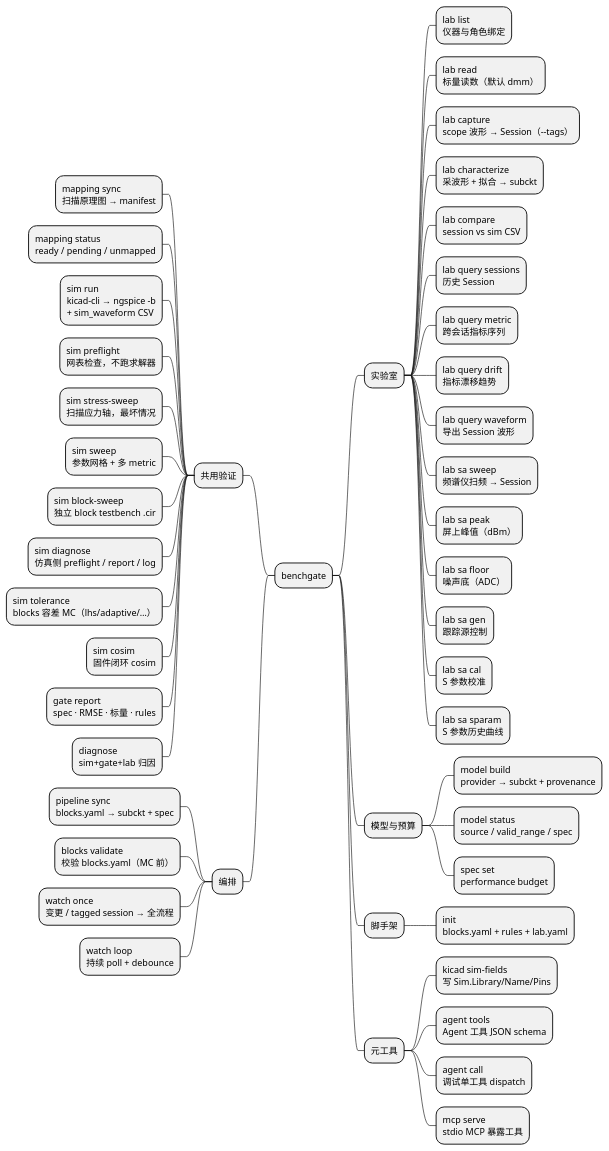
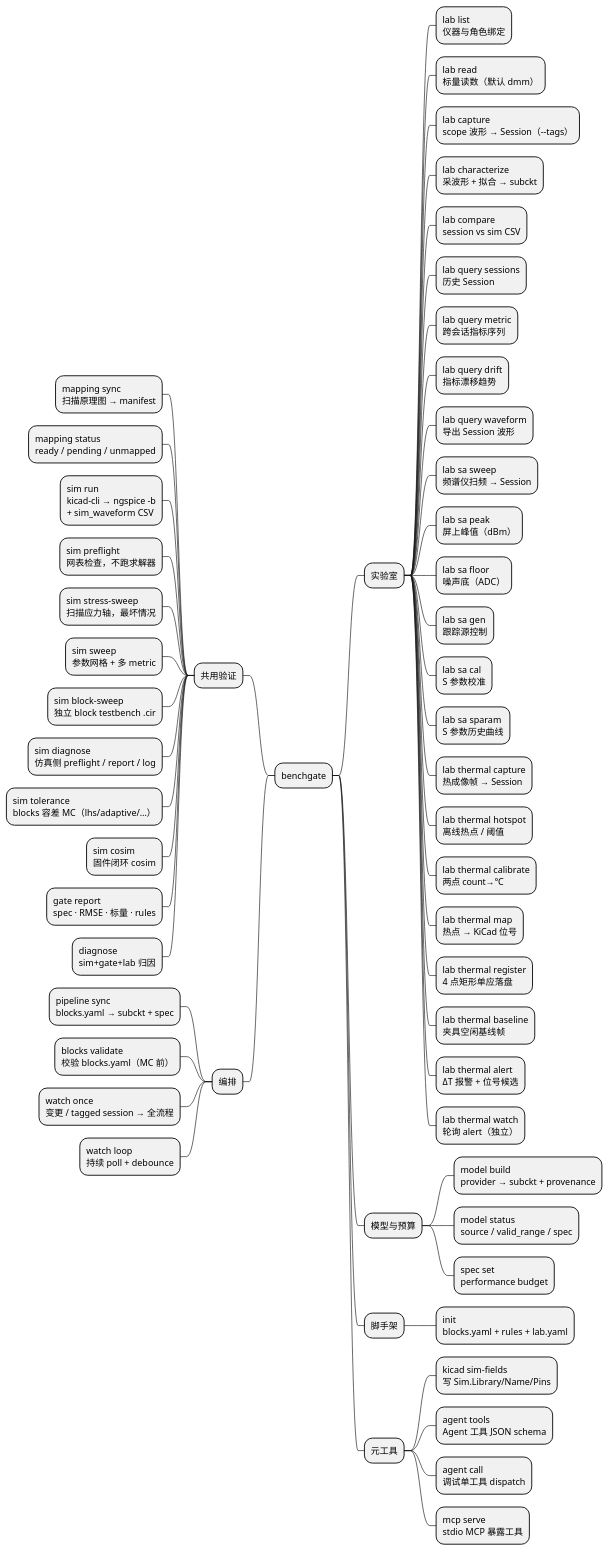
One commit to zhang1career/benchgate changed the diagram in docs/diagrams/command-tree.puml. Above: the diagram before and after it, drawn with PlantUML. The commit also changed 35 other files, not shown here.

```diff
--- a/docs/diagrams/command-tree.puml
+++ b/docs/diagrams/command-tree.puml
@@ -1,56 +1,64 @@
 @startmindmap
 ' CLI 命令树（结构索引）
 ' 逐条说明见 docs/CLI_REFERENCE.md；默认串联见 command-flow.puml
 skinparam shadowing false
 skinparam monochrome false
 
 * benchgate
 left side
 ** 共用验证
 *** mapping sync\n扫描原理图 → manifest
 *** mapping status\nready / pending / unmapped
 *** sim run\nkicad-cli → ngspice -b\n+ sim_waveform CSV
 *** sim preflight\n网表检查，不跑求解器
 *** sim stress-sweep\n扫描应力轴，最坏情况
 *** sim sweep\n参数网格 + 多 metric
 *** sim block-sweep\n独立 block testbench .cir
 *** sim diagnose\n仿真侧 preflight / report / log
 *** sim tolerance\nblocks 容差 MC（lhs/adaptive/…）
 *** sim cosim\n固件闭环 cosim
 *** gate report\nspec · RMSE · 标量 · rules
 *** diagnose\nsim+gate+lab 归因
 ** 编排
 *** pipeline sync\nblocks.yaml → subckt + spec
 *** blocks validate\n校验 blocks.yaml（MC 前）
 *** watch once\n变更 / tagged session → 全流程
 *** watch loop\n持续 poll + debounce
 right side
 ** 实验室
 *** lab list\n仪器与角色绑定
 *** lab read\n标量读数（默认 dmm）
 *** lab capture\nscope 波形 → Session（--tags）
 *** lab characterize\n采波形 + 拟合 → subckt
 *** lab compare\nsession vs sim CSV
 *** lab query sessions\n历史 Session
 *** lab query metric\n跨会话指标序列
 *** lab query drift\n指标漂移趋势
 *** lab query waveform\n导出 Session 波形
 *** lab sa sweep\n频谱仪扫频 → Session
 *** lab sa peak\n屏上峰值（dBm）
 *** lab sa floor\n噪声底（ADC）
 *** lab sa gen\n跟踪源控制
 *** lab sa cal\nS 参数校准
 *** lab sa sparam\nS 参数历史曲线
+*** lab thermal capture\n热成像帧 → Session
+*** lab thermal hotspot\n离线热点 / 阈值
+*** lab thermal calibrate\n两点 count→°C
+*** lab thermal map\n热点 → KiCad 位号
+*** lab thermal register\n4 点矩形单应落盘
+*** lab thermal baseline\n夹具空闲基线帧
+*** lab thermal alert\nΔT 报警 + 位号候选
+*** lab thermal watch\n轮询 alert（独立）
 ** 模型与预算
 *** model build\nprovider → subckt + provenance
 *** model status\nsource / valid_range / spec
 *** spec set\nperformance budget
 ** 脚手架
 *** init\nblocks.yaml + rules + lab.yaml
 ** 元工具
 *** kicad sim-fields\n写 Sim.Library/Name/Pins
 *** agent tools\nAgent 工具 JSON schema
 *** agent call\n调试单工具 dispatch
 *** mcp serve\nstdio MCP 暴露工具
 
 @endmindmap
```
